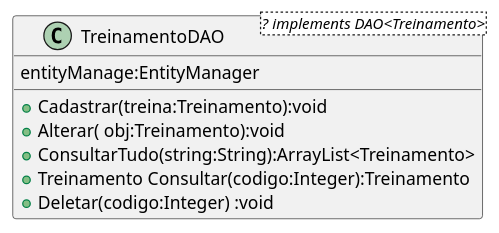
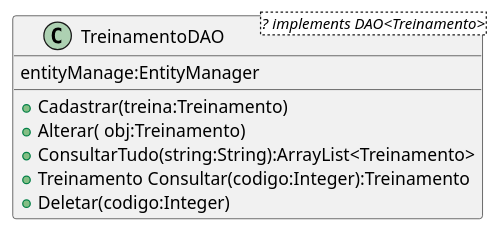
One commit to joseguilhermeromano/UFABC changed the diagram in src/main/java/br/com/ifsp/lds/dao/TreinamentoDAO.puml. Above: the diagram before and after it, drawn with PlantUML. The commit also changed 13 other files, not shown here.

```diff
--- a/src/main/java/br/com/ifsp/lds/dao/TreinamentoDAO.puml
+++ b/src/main/java/br/com/ifsp/lds/dao/TreinamentoDAO.puml
@@ -1,14 +1,14 @@
 @startuml
 
 
 class TreinamentoDAO <? implements DAO<Treinamento>> {
     
     entityManage:EntityManager 
-    + Cadastrar(treina:Treinamento):void
-    + Alterar( obj:Treinamento):void
+    + Cadastrar(treina:Treinamento)
+    + Alterar( obj:Treinamento)
     + ConsultarTudo(string:String):ArrayList<Treinamento>
     + Treinamento Consultar(codigo:Integer):Treinamento
-    + Deletar(codigo:Integer) :void      
+    + Deletar(codigo:Integer)       
 }
 
 @enduml
```
